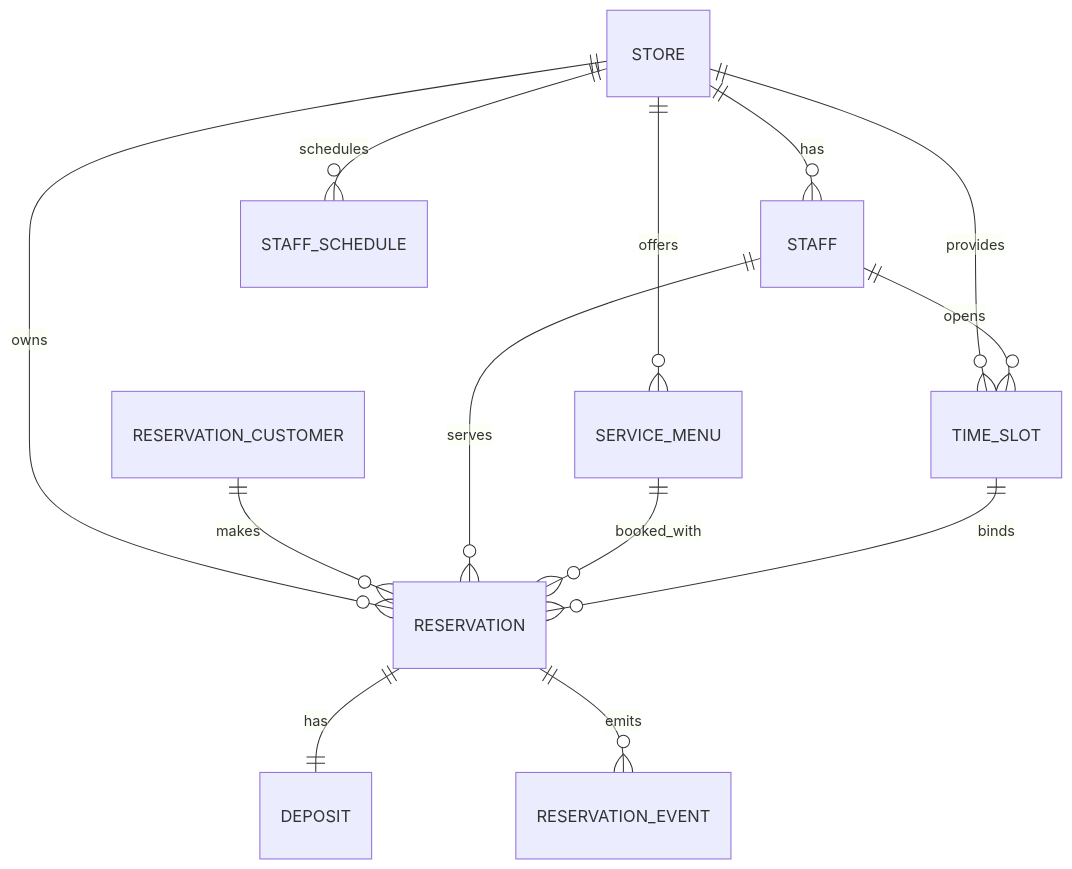
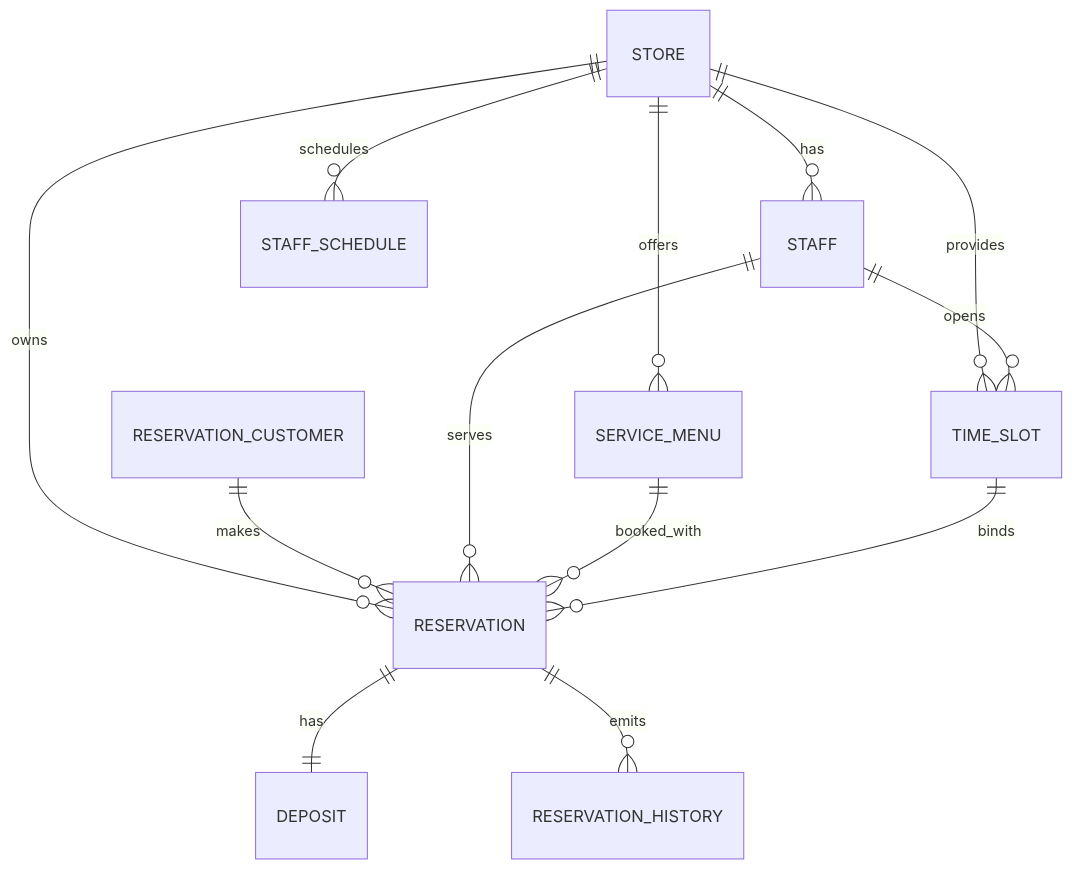
One commit to MSstreet/salon-reservation-platform changed the diagram in docs/erd_v2.md. Above: the diagram before and after it, drawn with Mermaid. The commit also changed other lines of this file and 2 other files, not shown here.

First line of the commit message:
docs: ERD, 구현 계획 및 프로젝트 보완 문서 업데이트

````diff
--- a/docs/erd_v2.md
+++ b/docs/erd_v2.md
@@ -6,22 +6,22 @@
 ```mermaid
 erDiagram
 
 STORE ||--o{ STAFF : has
 STORE ||--o{ SERVICE_MENU : offers
 STORE ||--o{ STAFF_SCHEDULE : schedules
 STORE ||--o{ TIME_SLOT : provides
 STORE ||--o{ RESERVATION : owns
 
 RESERVATION_CUSTOMER ||--o{ RESERVATION : makes
 
 STAFF ||--o{ TIME_SLOT : opens
 STAFF ||--o{ RESERVATION : serves
 
 SERVICE_MENU ||--o{ RESERVATION : booked_with
 
 TIME_SLOT ||--o{ RESERVATION : binds
 
 RESERVATION ||--|| DEPOSIT : has
 
-RESERVATION ||--o{ RESERVATION_EVENT : emits
+RESERVATION ||--o{ RESERVATION_HISTORY : emits
 ```
````
